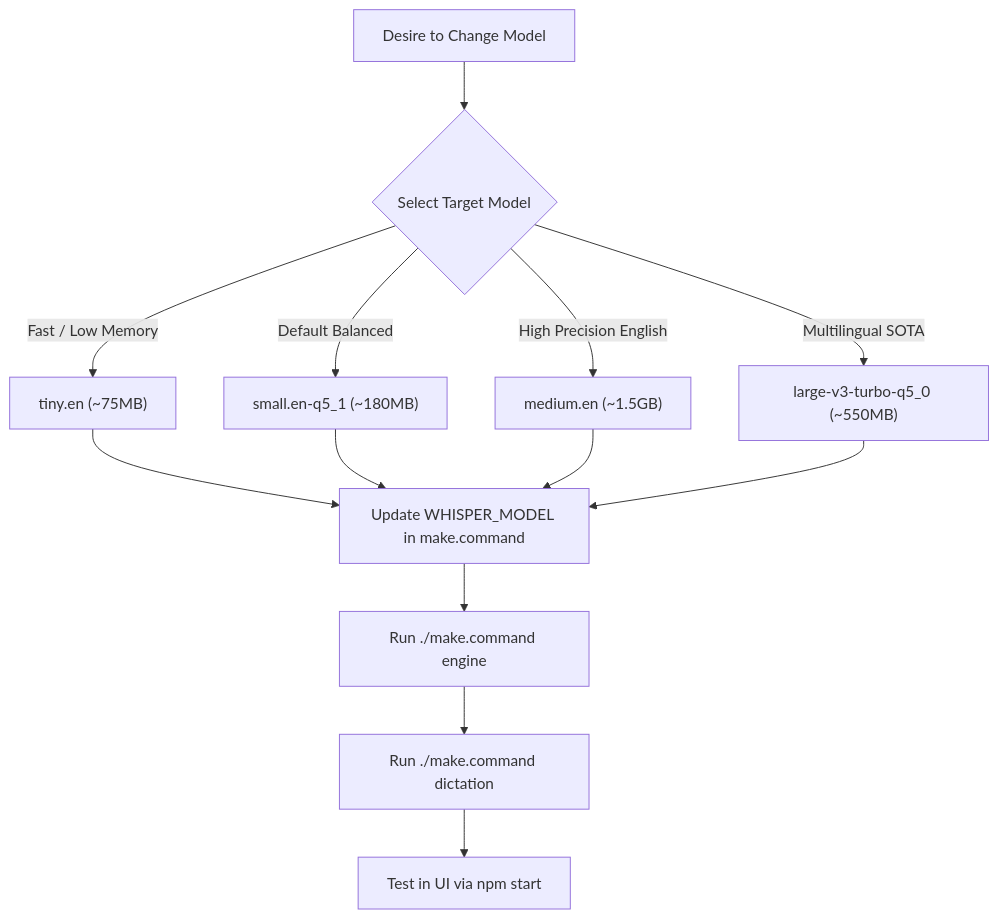
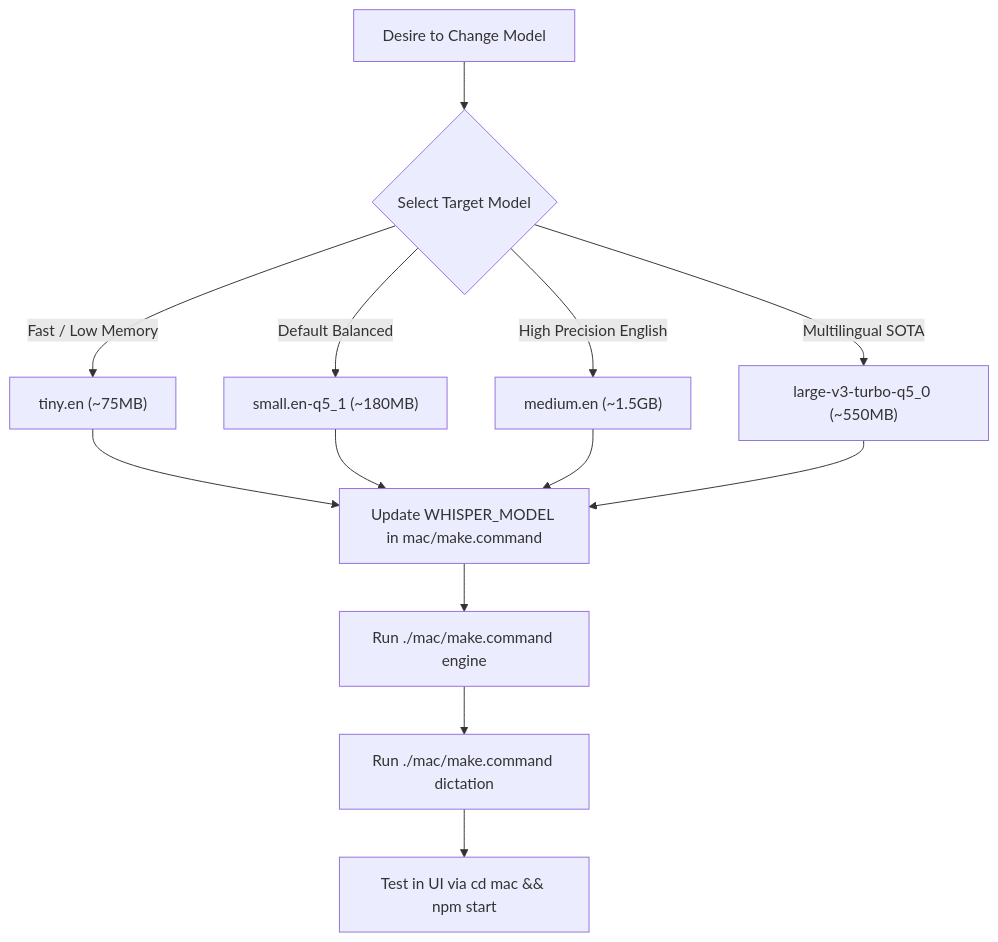
Before and after one commit to aninda-ghosh/journal-app: the tenth of 10 diagrams in docs/DEVELOPMENT.md, drawn with Mermaid. The commit also changed other lines of this file and 32 other files, not shown here.

````diff
--- a/docs/DEVELOPMENT.md
+++ b/docs/DEVELOPMENT.md
@@ -363,18 +532,18 @@
 ```mermaid
 flowchart TD
     Start["Desire to Change Model"] --> SelectModel{"Select Target Model"}
 
     SelectModel -->|Fast / Low Memory| Tiny["tiny.en (~75MB)"]
     SelectModel -->|Default Balanced| Small["small.en-q5_1 (~180MB)"]
     SelectModel -->|High Precision English| Medium["medium.en (~1.5GB)"]
     SelectModel -->|Multilingual SOTA| Turbo["large-v3-turbo-q5_0 (~550MB)"]
 
-    Tiny --> EditConfig["Update WHISPER_MODEL in make.command"]
+    Tiny --> EditConfig["Update WHISPER_MODEL in mac/make.command"]
     Small --> EditConfig
     Medium --> EditConfig
     Turbo --> EditConfig
 
-    EditConfig --> Download["Run ./make.command engine"]
-    Download --> Verify["Run ./make.command dictation"]
-    Verify --> Done["Test in UI via npm start"]
+    EditConfig --> Download["Run ./mac/make.command engine"]
+    Download --> Verify["Run ./mac/make.command dictation"]
+    Verify --> Done["Test in UI via cd mac && npm start"]
 ```
````
